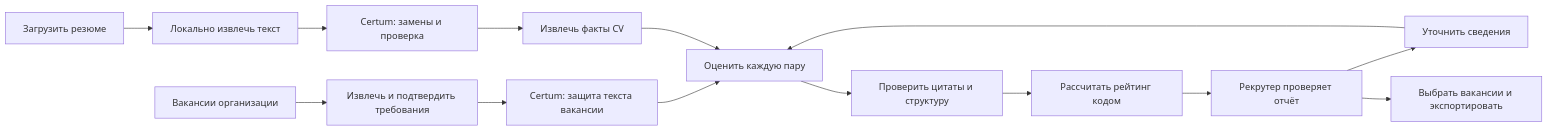
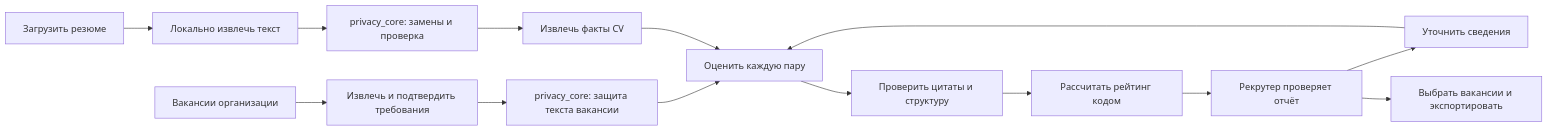
The first of 2 diagrams in docs/15-architecture.md (GrigoryPislegin/phystech-novatoria), drawn with Mermaid before and after one commit. The commit also changed other lines of this file and 14 other files, not shown here.

````diff
--- a/docs/15-architecture.md
+++ b/docs/15-architecture.md
@@ -28,16 +28,16 @@
 ```mermaid
 flowchart LR
   J[Вакансии организации] --> R[Извлечь и подтвердить требования]
   C[Загрузить резюме] --> P[Локально извлечь текст]
-  P --> D[Certum: замены и проверка]
-  R --> DJ[Certum: защита текста вакансии]
+  P --> D[privacy_core: замены и проверка]
+  R --> DJ[privacy_core: защита текста вакансии]
   D --> F[Извлечь факты CV]
   DJ --> M[Оценить каждую пару]
   F --> M
   M --> V[Проверить цитаты и структуру]
   V --> S[Рассчитать рейтинг кодом]
   S --> U[Рекрутер проверяет отчёт]
   U --> Q[Уточнить сведения]
   Q --> M
   U --> E[Выбрать вакансии и экспортировать]
 ```
````
